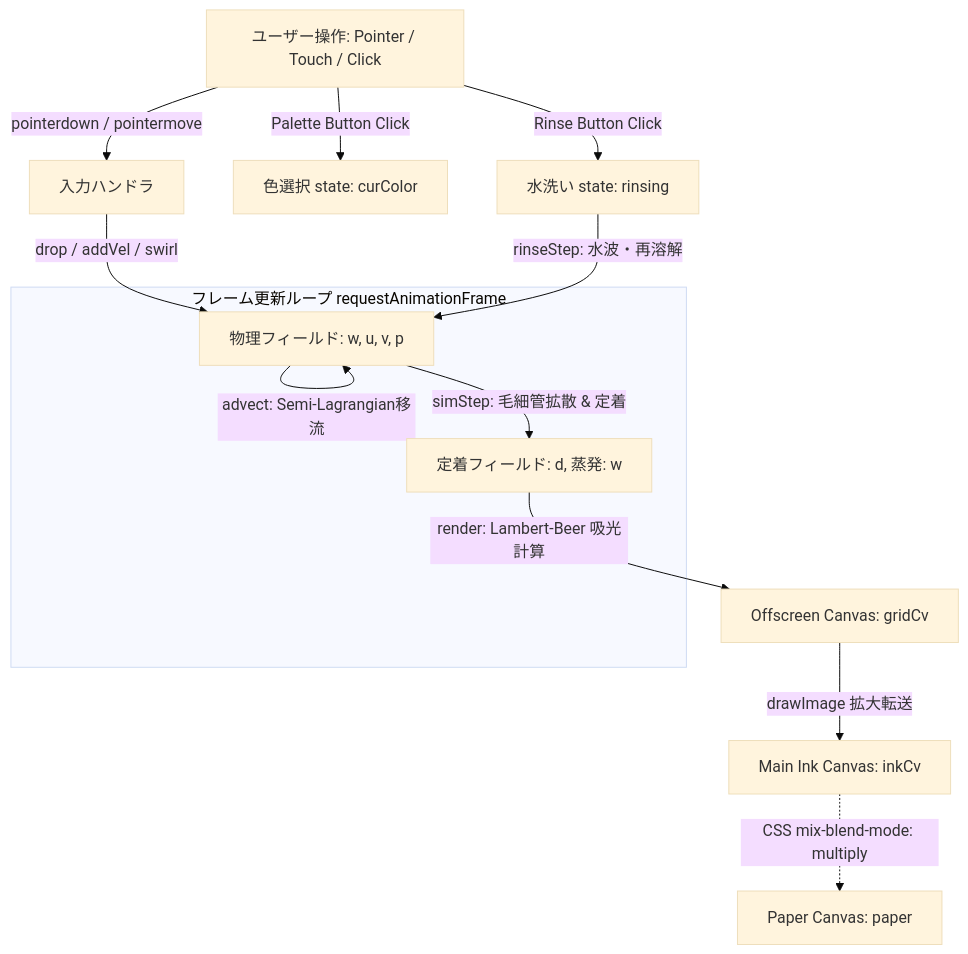
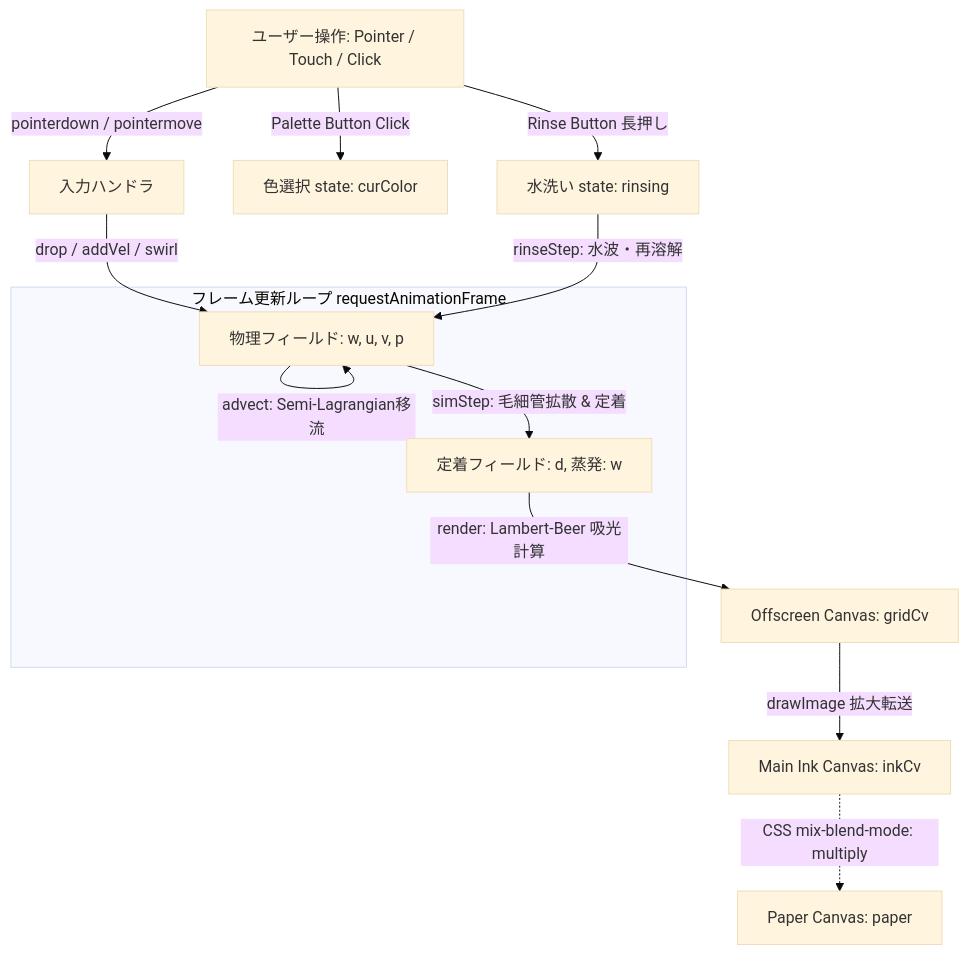
Before and after one commit to Juna1013/BOKUGI: the diagram in docs/design.md, drawn with Mermaid (base theme). The commit also changed other lines of this file and 5 other files, not shown here.

````diff
--- a/docs/design.md
+++ b/docs/design.md
@@ -211,18 +218,18 @@
 ```mermaid
 graph TD
     A[ユーザー操作: Pointer / Touch / Click] -->|pointerdown / pointermove| B[入力ハンドラ]
     A -->|Palette Button Click| C[色選択 state: curColor]
-    A -->|Rinse Button Click| D[水洗い state: rinsing]
+    A -->|Rinse Button 長押し| D[水洗い state: rinsing]
 
     B -->|drop / addVel / swirl| E[物理フィールド: w, u, v, p]
     D -->|rinseStep: 水波・再溶解| E
 
     subgraph Simulation Loop [フレーム更新ループ requestAnimationFrame]
         E -->|simStep: 毛細管拡散 & 定着| F[定着フィールド: d, 蒸発: w]
         E -->|advect: Semi-Lagrangian移流| E
     end
 
     F -->|render: Lambert-Beer 吸光計算| G[Offscreen Canvas: gridCv]
     G -->|drawImage 拡大転送| H[Main Ink Canvas: inkCv]
     H -.->|CSS mix-blend-mode: multiply| I[Paper Canvas: paper]
 ```
````
